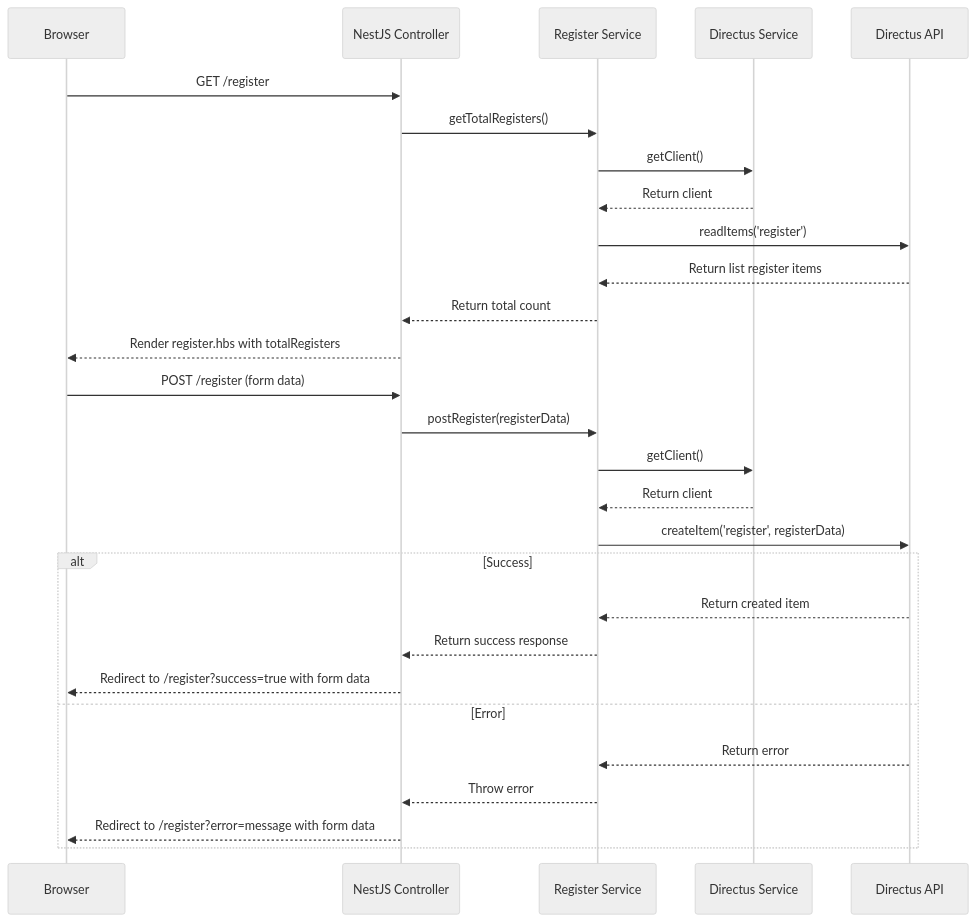
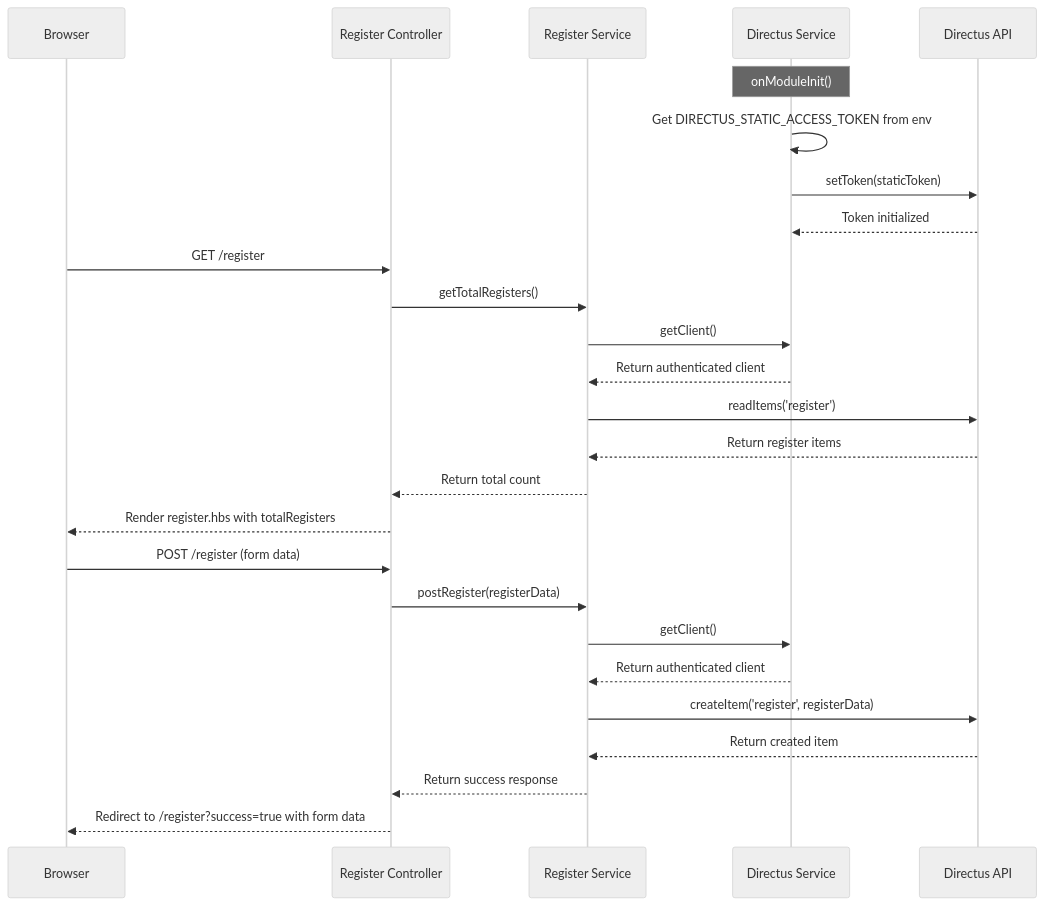
Before and after one commit to quangtm214/Study-Directus: the diagram in studentCreateRegisterForm.md, drawn with Mermaid (neutral theme). The commit also changed other lines of this file and 2 other files, not shown here.

Commit message:
edit sequence diagram

````diff
--- a/studentCreateRegisterForm.md
+++ b/studentCreateRegisterForm.md
@@ -1,35 +1,34 @@
 ```mermaid
 sequenceDiagram
-      participant Browser
-    participant NestJS as NestJS Controller
-    participant Service as Register Service
-    participant Directus as Directus Service
+    participant Browser
+    participant NestJS as Register Controller
+    participant RegSvc as Register Service
+    participant DirSvc as Directus Service
     participant DirectusAPI as Directus API
+
+    %% Initialization Phase
+    Note over DirSvc: onModuleInit()
+    DirSvc->>DirSvc: Get DIRECTUS_STATIC_ACCESS_TOKEN from env
+    DirSvc->>DirectusAPI: setToken(staticToken)
+    DirectusAPI-->>DirSvc: Token initialized
 
     %% GET Request Flow - Display Form
     Browser->>NestJS: GET /register
-    NestJS->>Service: getTotalRegisters()
-    Service->>Directus: getClient()
-    Directus-->>Service: Return client
-    Service->>DirectusAPI: readItems('register')
-    DirectusAPI-->>Service: Return list register items
-    Service-->>NestJS: Return total count
+    NestJS->>RegSvc: getTotalRegisters()
+    RegSvc->>DirSvc: getClient()
+    DirSvc-->>RegSvc: Return authenticated client
+    RegSvc->>DirectusAPI: readItems('register')
+    DirectusAPI-->>RegSvc: Return register items
+    RegSvc-->>NestJS: Return total count
     NestJS-->>Browser: Render register.hbs with totalRegisters
 
     %% POST Request Flow - Submit Registration
     Browser->>NestJS: POST /register (form data)
-    NestJS->>Service: postRegister(registerData)
-    Service->>Directus: getClient()
-    Directus-->>Service: Return client
-    Service->>DirectusAPI: createItem('register', registerData)
-    
-    alt Success
-        DirectusAPI-->>Service: Return created item
-        Service-->>NestJS: Return success response
-        NestJS-->>Browser: Redirect to /register?success=true with form data
-    else Error
-        DirectusAPI-->>Service: Return error
-        Service-->>NestJS: Throw error
-        NestJS-->>Browser: Redirect to /register?error=message with form data
-    end
+    NestJS->>RegSvc: postRegister(registerData)
+    RegSvc->>DirSvc: getClient()
+    DirSvc-->>RegSvc: Return authenticated client
+    RegSvc->>DirectusAPI: createItem('register', registerData)
+    DirectusAPI-->>RegSvc: Return created item
+    RegSvc-->>NestJS: Return success response
+    NestJS-->>Browser: Redirect to /register?success=true with form data
 ```
````
